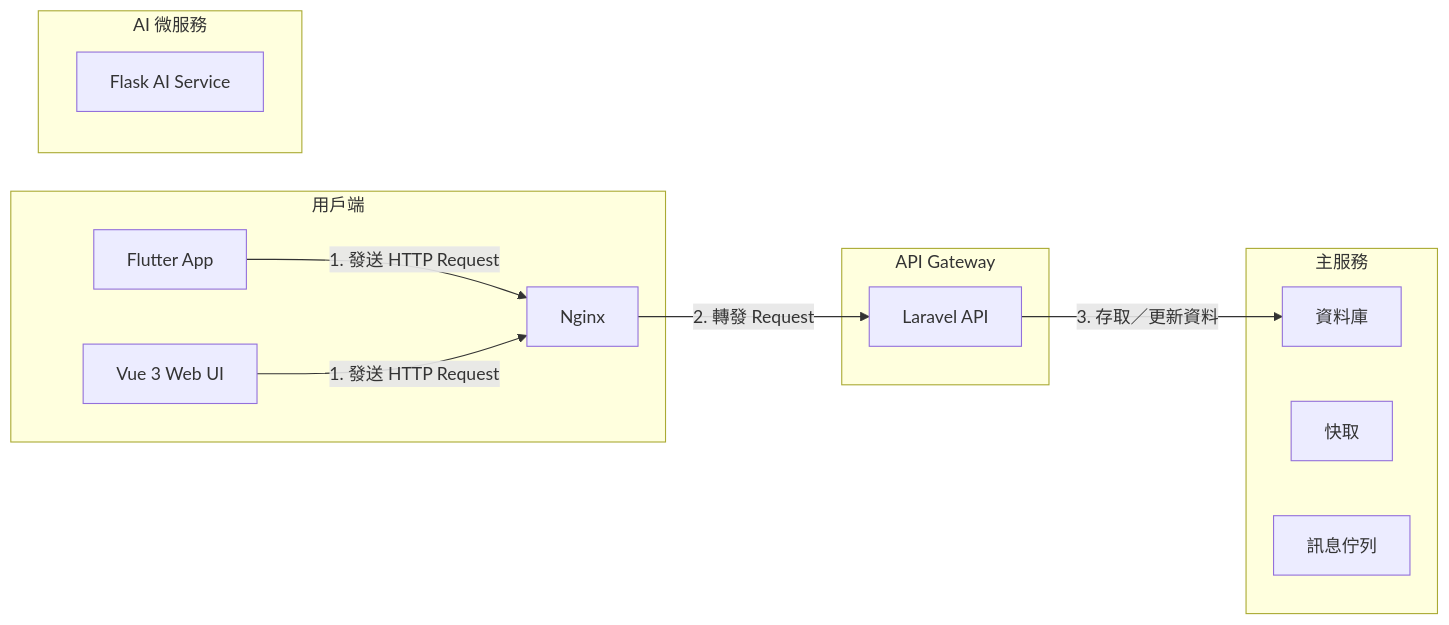
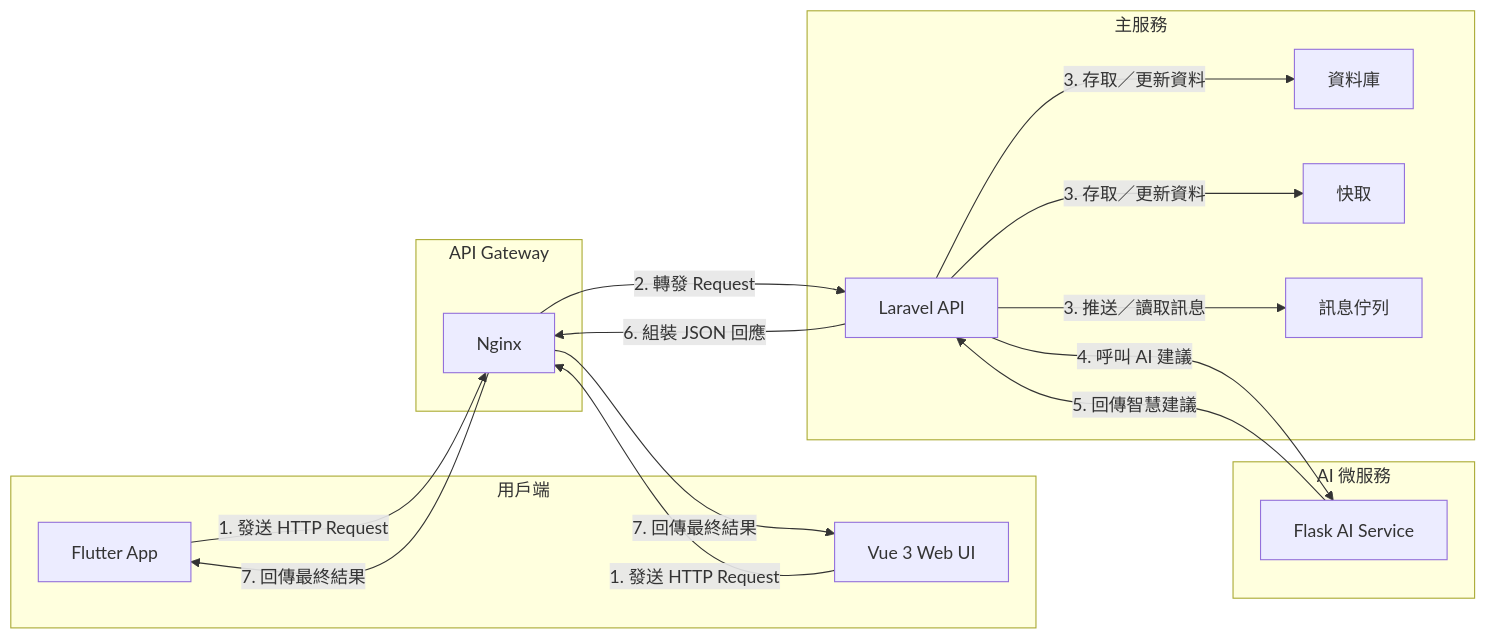
One commit to BpsEason/petcarehub changed the diagram in README.md. Above: the diagram before and after it, drawn with Mermaid.

````diff
--- a/README.md
+++ b/README.md
@@ -44,25 +44,35 @@
 ```mermaid
 flowchart LR
   subgraph clients [用戶端]
-    A1["Flutter App"] -->|1. 發送 HTTP Request| B
-    A2["Vue 3 Web UI"] -->|1. 發送 HTTP Request| B
+    A1["Flutter App"]
+    A2["Vue 3 Web UI"]
   end
 
   subgraph gateway [API Gateway]
-    B["Nginx"]  -->|2. 轉發 Request| C
+    B["Nginx"]
   end
 
   subgraph main [主服務]
-    C["Laravel API"]  -->|3. 存取／更新資料| D
+    C["Laravel API"]
     D["資料庫"]
     E["快取"]
     F["訊息佇列"]
   end
 
   subgraph ai [AI 微服務]
     G["Flask AI Service"]
   end
 
-
+  A1 -->|1. 發送 HTTP Request| B
+  A2 -->|1. 發送 HTTP Request| B
+  B  -->|2. 轉發 Request| C
+  C  -->|3. 存取／更新資料| D
+  C  -->|3. 存取／更新資料| E
+  C  -->|3. 推送／讀取訊息| F
+  C  -->|4. 呼叫 AI 建議| G
+  G  -->|5. 回傳智慧建議| C
+  C  -->|6. 組裝 JSON 回應| B
+  B  -->|7. 回傳最終結果| A1
+  B  -->|7. 回傳最終結果| A2
 
 ```
````
